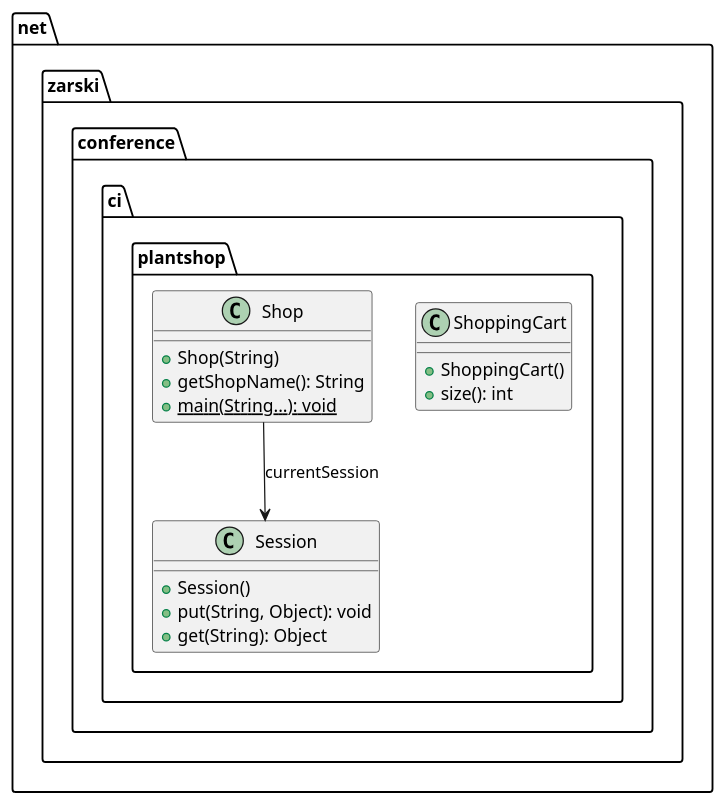
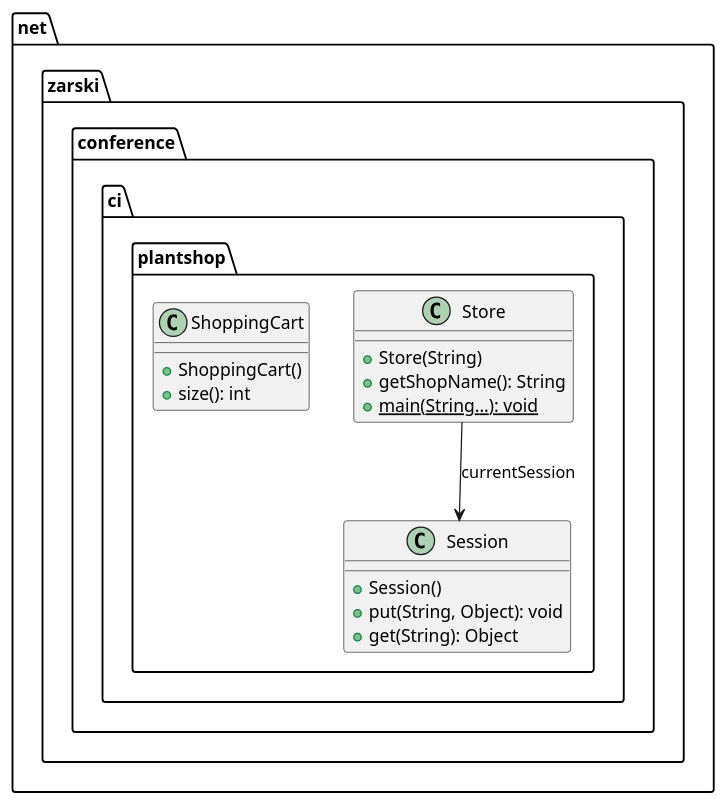
One commit to sratatata/plant-shop changed the diagram in 1.0-SNAPSHOT/javadocs/net/zarski/conference/ci/plantshop/package.puml. Above: the diagram before and after it, drawn with PlantUML. The commit also changed 22 other files, not shown here.

```diff
--- a/1.0-SNAPSHOT/javadocs/net/zarski/conference/ci/plantshop/package.puml
+++ b/1.0-SNAPSHOT/javadocs/net/zarski/conference/ci/plantshop/package.puml
@@ -1,25 +1,25 @@
 @startuml
 
     namespace net.zarski.conference.ci.plantshop {
+
+        class Store {
+            +Store(String)
+            +getShopName(): String
+            {static} +main(String...): void
+        }
 
         class ShoppingCart {
             +ShoppingCart()
             +size(): int
         }
 
         class Session {
             +Session()
             +put(String, Object): void
             +get(String): Object
         }
-
-        class Shop {
-            +Shop(String)
-            +getShopName(): String
-            {static} +main(String...): void
-        }
     }
 
-    net.zarski.conference.ci.plantshop.Shop --> net.zarski.conference.ci.plantshop.Session: currentSession
+    net.zarski.conference.ci.plantshop.Store --> net.zarski.conference.ci.plantshop.Session: currentSession
 
 @enduml
```
